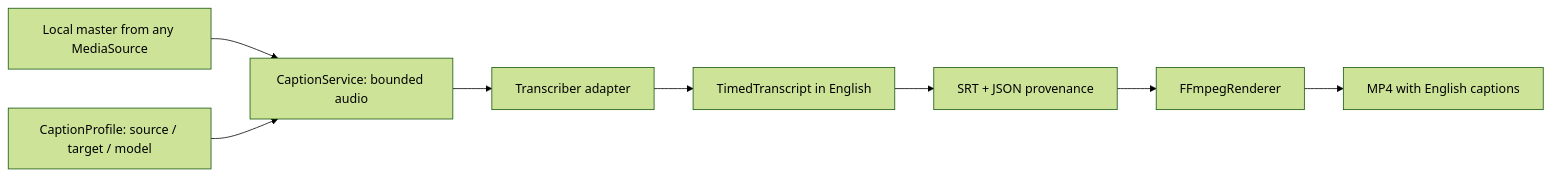
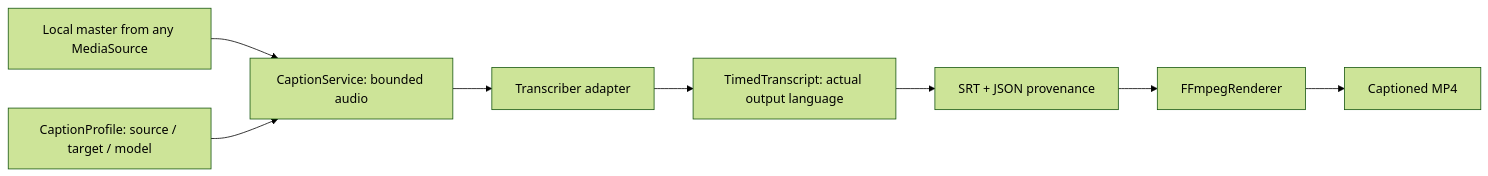
Before and after one commit to TomasPedreira/ChatScope: the diagram in docs/english-captions.md, drawn with Mermaid (forest theme). The commit also changed other lines of this file and 14 other files, not shown here.

````diff
--- a/docs/english-captions.md
+++ b/docs/english-captions.md
@@ -7,10 +8,10 @@
 ```mermaid
 flowchart LR
   M[Local master from any MediaSource] --> C[CaptionService: bounded audio]
   P[CaptionProfile: source / target / model] --> C
   C --> W[Transcriber adapter]
-  W --> T[TimedTranscript in English]
+  W --> T[TimedTranscript: actual output language]
   T --> S[SRT + JSON provenance]
   S --> R[FFmpegRenderer]
-  R --> V[MP4 with English captions]
+  R --> V[Captioned MP4]
 ```
````
